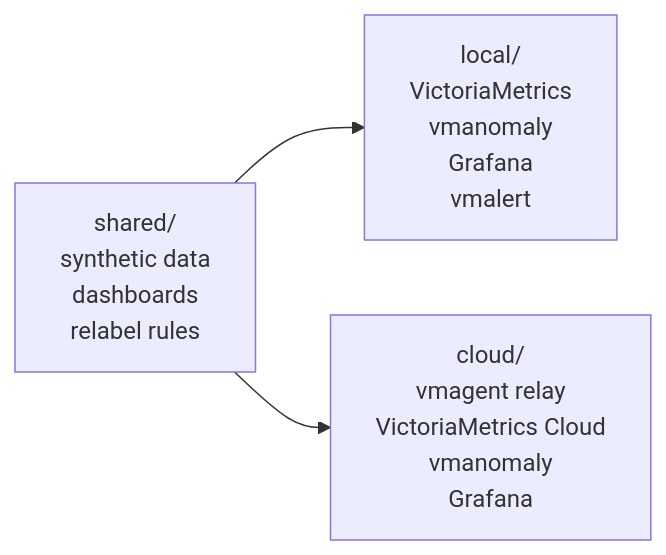
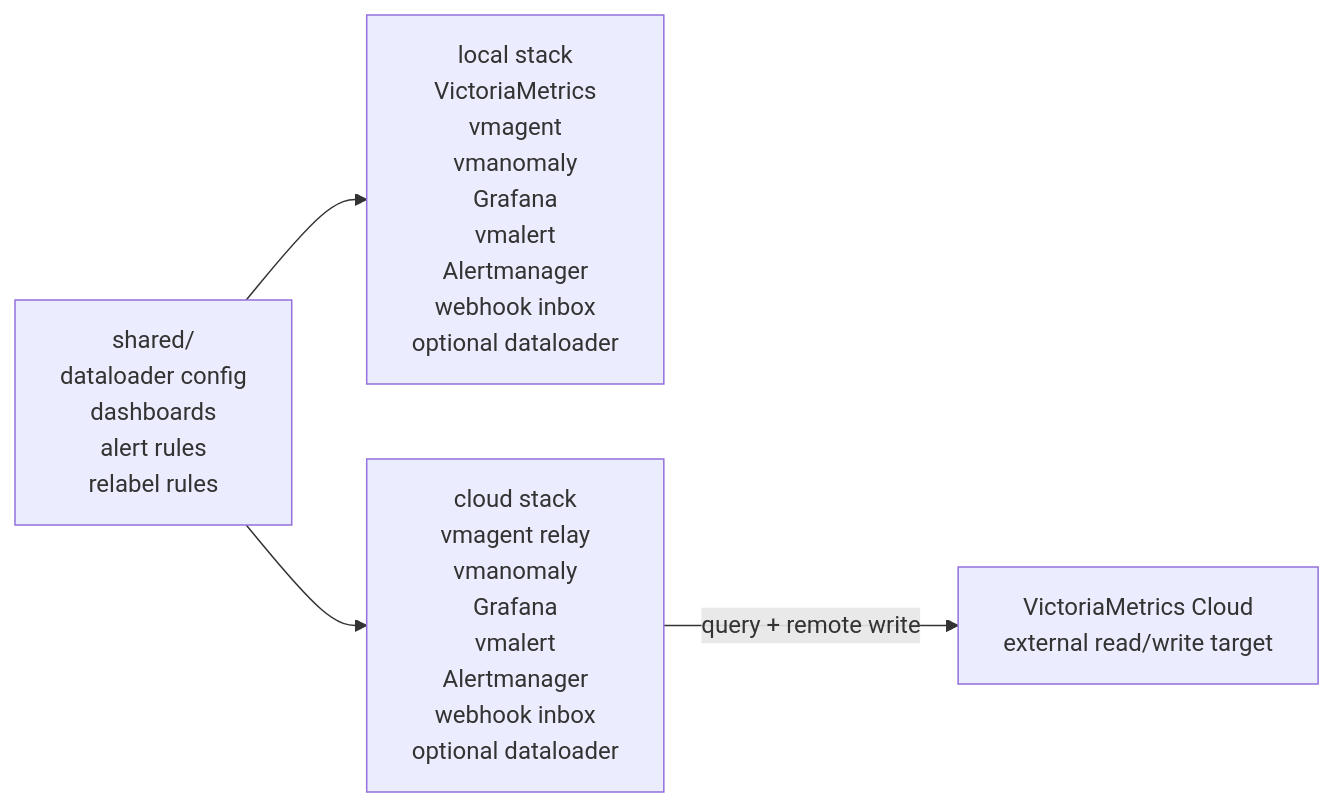
The first of 5 diagrams in anomaly-detection/README.md (jgomezselles/cnd-workshop-2026), drawn with Mermaid before and after one commit. The commit also changed other lines of this file and 7 other files, not shown here.

````diff
--- a/anomaly-detection/README.md
+++ b/anomaly-detection/README.md
@@ -22,9 +26,11 @@
 ```mermaid
 flowchart LR
-  shared["shared/<br/>synthetic data<br/>dashboards<br/>relabel rules"]
-  local["local/<br/>VictoriaMetrics<br/>vmanomaly<br/>Grafana<br/>vmalert"]
-  cloud["cloud/<br/>vmagent relay<br/>VictoriaMetrics Cloud<br/>vmanomaly<br/>Grafana"]
+  shared["shared/<br/>dataloader config<br/>dashboards<br/>alert rules<br/>relabel rules"]
+  local["local stack<br/>VictoriaMetrics<br/>vmagent<br/>vmanomaly<br/>Grafana<br/>vmalert<br/>Alertmanager<br/>webhook inbox<br/>optional dataloader"]
+  cloud["cloud stack<br/>vmagent relay<br/>vmanomaly<br/>Grafana<br/>vmalert<br/>Alertmanager<br/>webhook inbox<br/>optional dataloader"]
+  vmcloud["VictoriaMetrics Cloud<br/>external read/write target"]
 
   shared --> local
   shared --> cloud
+  cloud -->|"query + remote write"| vmcloud
 ```
````
